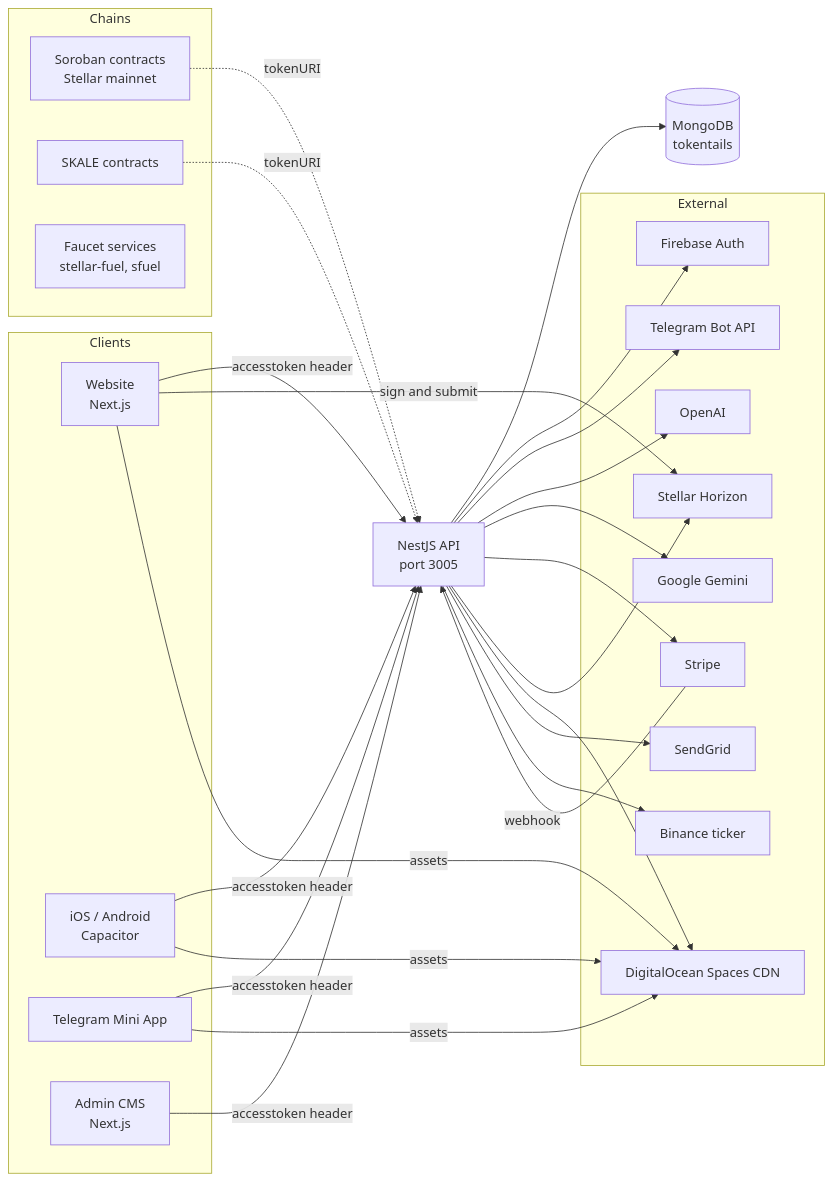
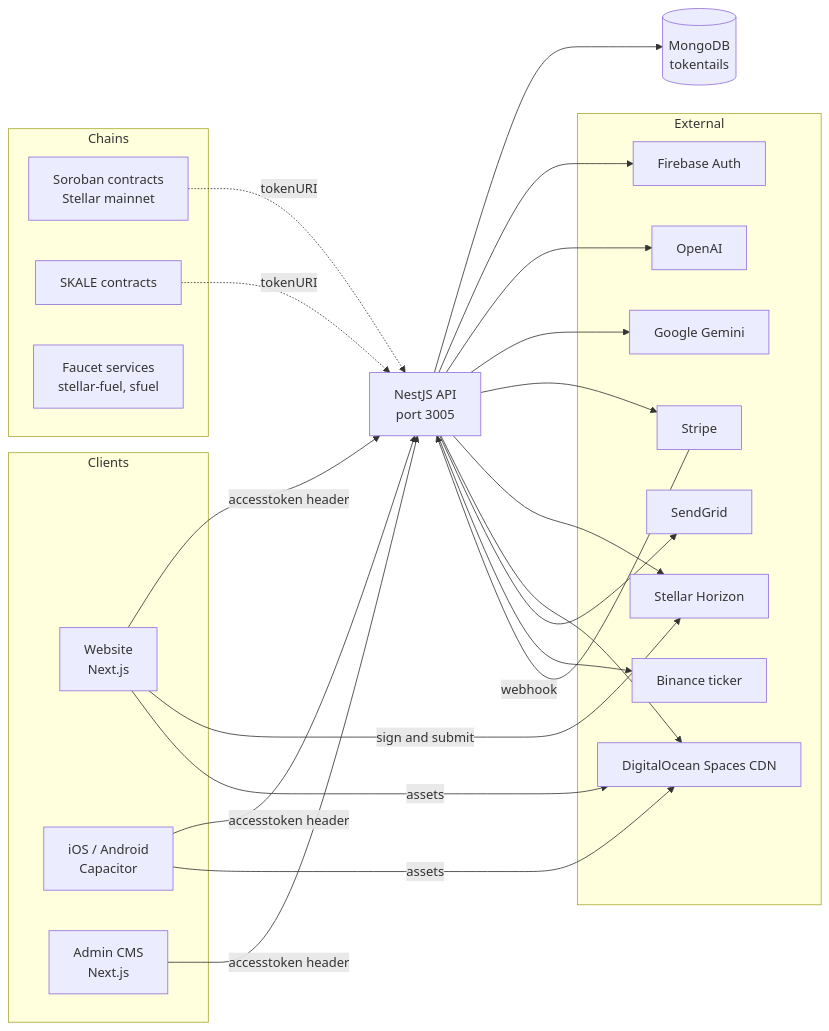
One commit to zbagdzevicius/tokentails changed the diagram in docs/ARCHITECTURE.md. Above: the diagram before and after it, drawn with Mermaid. The commit also changed other lines of this file and 711 other files, not shown here.

````diff
--- a/docs/ARCHITECTURE.md
+++ b/docs/ARCHITECTURE.md
@@ -9,39 +9,37 @@
 ```mermaid
 flowchart LR
     subgraph Clients
         Web[Website<br/>Next.js]
         App[iOS / Android<br/>Capacitor]
-        TG[Telegram Mini App]
         CMS[Admin CMS<br/>Next.js]
     end
 
     API[NestJS API<br/>port 3005]
     DB[(MongoDB<br/>tokentails)]
 
     subgraph External
         FB[Firebase Auth]
-        TGAPI[Telegram Bot API]
         OAI[OpenAI]
         GEM[Google Gemini]
         STR[Stripe]
         HOR[Stellar Horizon]
         SP[DigitalOcean Spaces CDN]
         SG[SendGrid]
         BIN[Binance ticker]
     end
 
     subgraph Chains
         SOR[Soroban contracts<br/>Stellar mainnet]
         SK[SKALE contracts]
         FUEL[Faucet services<br/>stellar-fuel, sfuel]
     end
 
-    Web & App & TG & CMS -->|accesstoken header| API
+    Web & App & CMS -->|accesstoken header| API
     API --> DB
-    API --> FB & TGAPI & OAI & GEM & STR & HOR & SP & SG & BIN
+    API --> FB & OAI & GEM & STR & HOR & SP & SG & BIN
     STR -->|webhook| API
     Web -->|sign and submit| HOR
     SOR -.->|tokenURI| API
     SK -.->|tokenURI| API
-    Web & App & TG -->|assets| SP
+    Web & App -->|assets| SP
 ```
````
